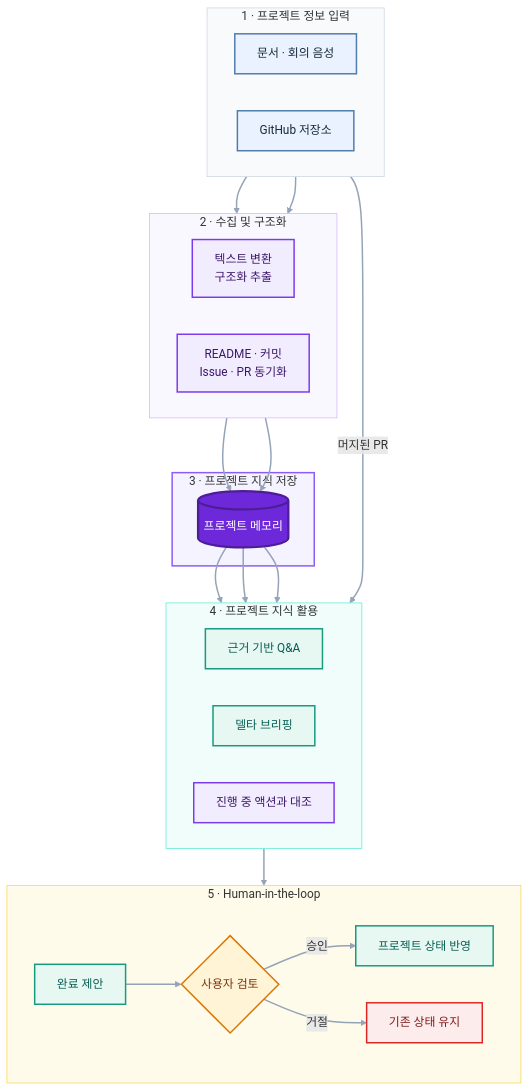
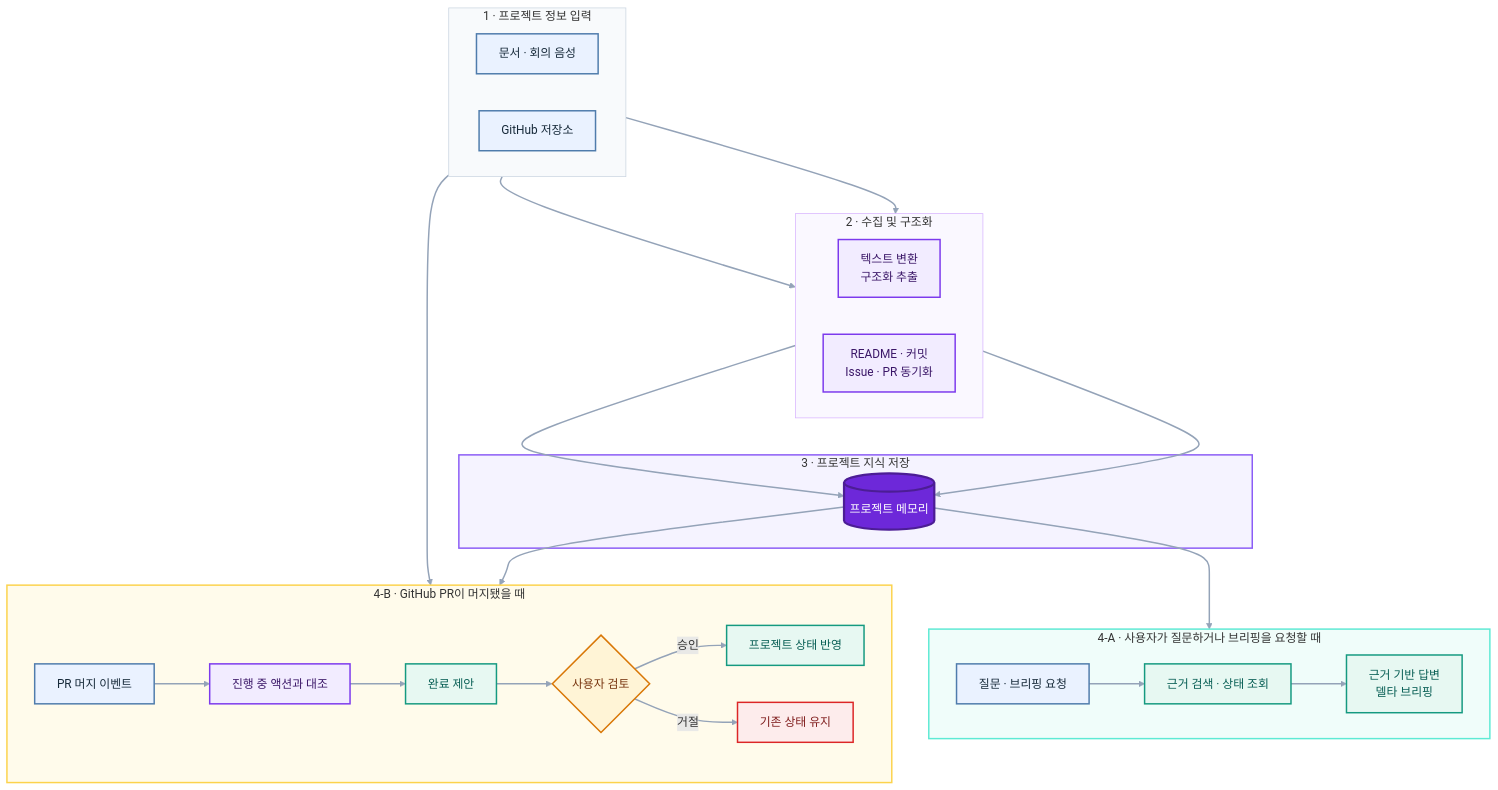
The first of 2 diagrams in README.md (SKNETWORKS-FAMILY-AICAMP/SKN30-4th-1Team), drawn with Mermaid before and after one commit. The commit also changed other lines of this file, not shown here.

````diff
--- a/README.md
+++ b/README.md
@@ -90,69 +90,70 @@
 ```mermaid
 flowchart TB
     subgraph Sources["1 · 프로젝트 정보 입력"]
         direction LR
         DOC["문서 · 회의 음성"]
         GH["GitHub 저장소"]
     end
 
     subgraph Processing["2 · 수집 및 구조화"]
         direction LR
         EXTRACT["텍스트 변환<br/>구조화 추출"]
         SYNC["README · 커밋<br/>Issue · PR 동기화"]
     end
 
     subgraph Knowledge["3 · 프로젝트 지식 저장"]
         MEMORY[("프로젝트 메모리")]
     end
 
     DOC --> EXTRACT
     GH --> SYNC
     EXTRACT --> MEMORY
     SYNC --> MEMORY
 
-    subgraph Services["4 · 프로젝트 지식 활용"]
+    subgraph QAFlow["4-A · 사용자가 질문하거나 브리핑을 요청할 때"]
         direction LR
-        QNA["근거 기반 Q&A"]
-        BRIEF["델타 브리핑"]
-        MATCH["진행 중 액션과 대조"]
+        REQUEST["질문 · 브리핑 요청"]
+        QNA["근거 검색 · 상태 조회"]
+        RESPONSE["근거 기반 답변<br/>델타 브리핑"]
     end
 
+    REQUEST --> QNA --> RESPONSE
     MEMORY --> QNA
-    MEMORY --> BRIEF
-    MEMORY --> MATCH
-    GH -->|"머지된 PR"| MATCH
 
-    subgraph Decision["5 · Human-in-the-loop"]
+    subgraph ReconcileFlow["4-B · GitHub PR이 머지됐을 때"]
         direction LR
+        MERGED["PR 머지 이벤트"]
+        MATCH["진행 중 액션과 대조"]
         SUGGEST["완료 제안"]
         REVIEW{"사용자 검토"}
         APPLY["프로젝트 상태 반영"]
         REJECT["기존 상태 유지"]
     end
 
-    MATCH --> SUGGEST
-    SUGGEST --> REVIEW
+    GH --> MERGED
+    MEMORY --> MATCH
+    MERGED --> MATCH --> SUGGEST --> REVIEW
     REVIEW -->|승인| APPLY
     REVIEW -->|거절| REJECT
 
     classDef source fill:#EAF2FF,stroke:#4F7CAC,color:#172A3A,stroke-width:2px
     classDef process fill:#F2ECFF,stroke:#7C3AED,color:#3B1768,stroke-width:2px
     classDef core fill:#6D28D9,stroke:#4C1D95,color:#FFFFFF,stroke-width:3px
     classDef outcome fill:#E7F8F2,stroke:#159A80,color:#075E54,stroke-width:2px
     classDef review fill:#FFF4D6,stroke:#D97706,color:#78350F,stroke-width:2px
     classDef reject fill:#FDECEC,stroke:#DC2626,color:#7F1D1D,stroke-width:2px
 
-    class DOC,GH source
+    class DOC,GH,REQUEST,MERGED source
     class EXTRACT,SYNC,MATCH process
     class MEMORY core
-    class QNA,BRIEF,SUGGEST,APPLY outcome
+    class QNA,RESPONSE,SUGGEST,APPLY outcome
     class REVIEW review
     class REJECT reject
 
     style Sources fill:#F8FAFC,stroke:#CBD5E1,stroke-width:1px
     style Processing fill:#FAF8FF,stroke:#D8B4FE,stroke-width:1px
     style Knowledge fill:#F5F3FF,stroke:#8B5CF6,stroke-width:2px
-    style Services fill:#F0FDFA,stroke:#5EEAD4,stroke-width:1px
-    style Decision fill:#FFFBEB,stroke:#FCD34D,stroke-width:1px
+    style QAFlow fill:#F0FDFA,stroke:#5EEAD4,stroke-width:2px
+    style ReconcileFlow fill:#FFFBEB,stroke:#FCD34D,stroke-width:2px
     linkStyle default stroke:#94A3B8,stroke-width:2px
 ```
````
